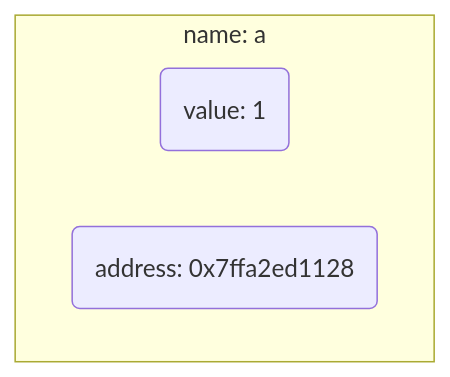
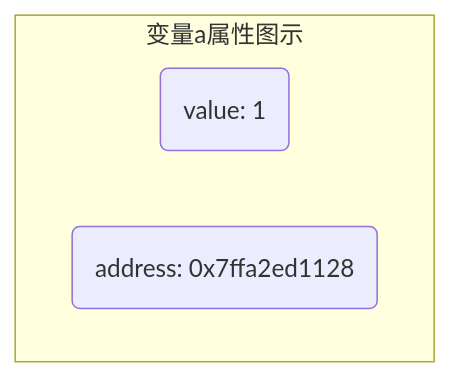
The first of 13 diagrams in _posts/c_c++/pointer/2022-01-08-pointer.md (dmjcb/dmjcb.github.io), drawn with Mermaid before and after one commit. The commit also changed other lines of this file and 14 other files, not shown here.

````diff
--- a/_posts/c_c++/pointer/2022-01-08-pointer.md
+++ b/_posts/c_c++/pointer/2022-01-08-pointer.md
@@ -33,7 +35,7 @@
 ```mermaid
 graph TB;
-    subgraph a[name: a]
+    subgraph a[变量a属性图示]
         V2(value: 1)
         A2(address: 0x7ffa2ed1128)
     end
 ```
````
